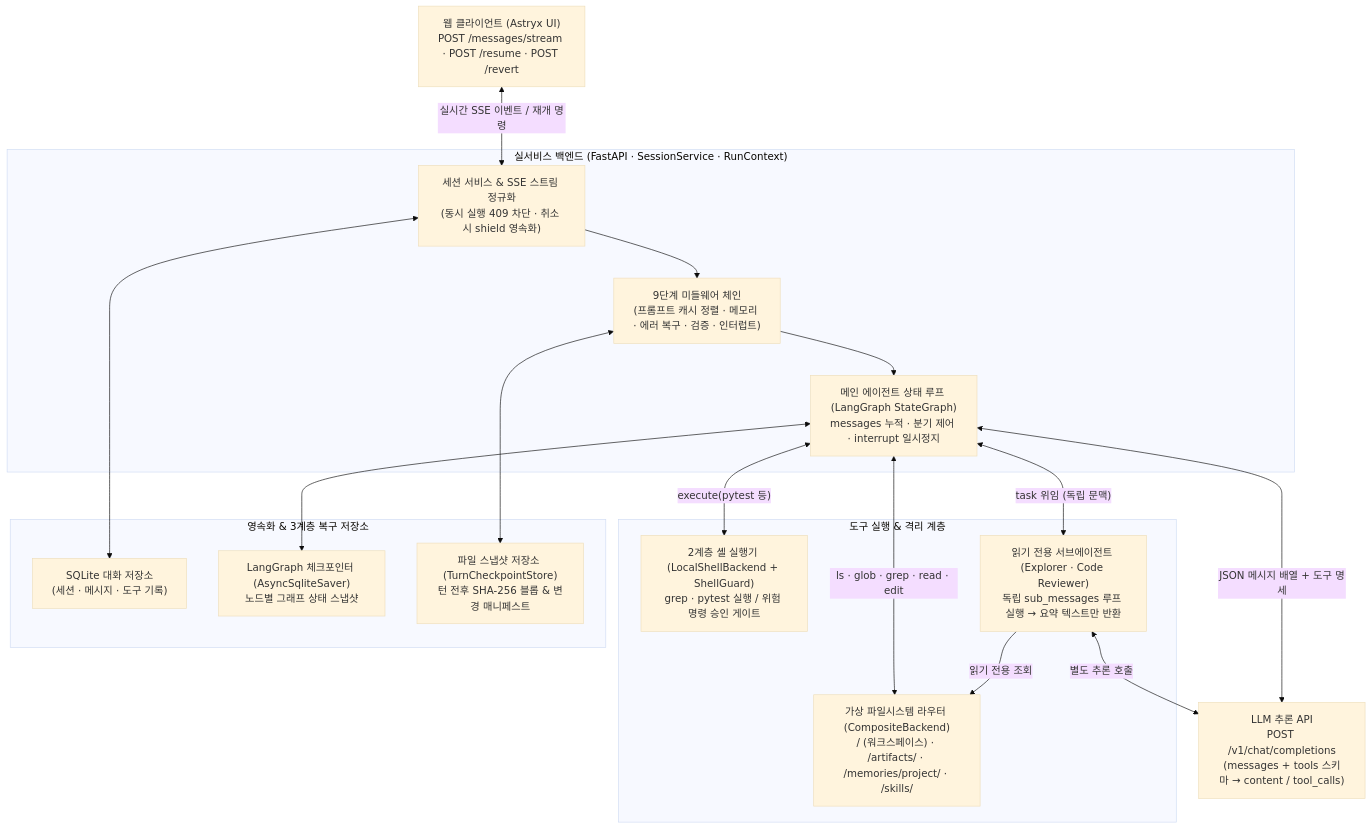
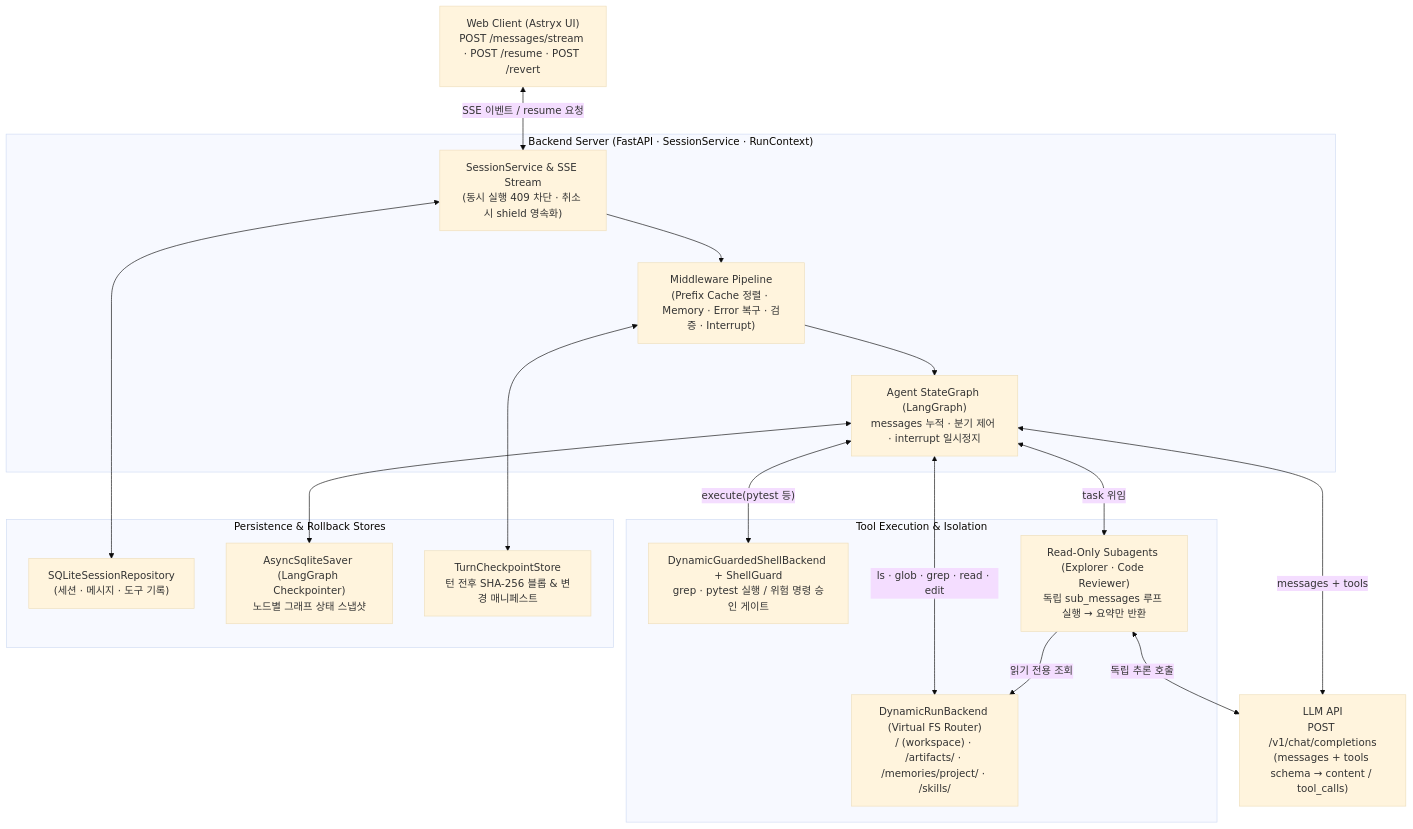
Before and after one commit to Abyssey/anvil: the first of 12 diagrams in docs/coding-agent-study.md, drawn with Mermaid (base theme). The commit also changed other lines of this file and 3 other files, not shown here.

````diff
--- a/docs/coding-agent-study.md
+++ b/docs/coding-agent-study.md
@@ -17,36 +13,36 @@
 ```mermaid
 flowchart TB
-  CLIENT["웹 클라이언트 (Astryx UI)\nPOST /messages/stream · POST /resume · POST /revert"]
+  CLIENT["Web Client (Astryx UI)\nPOST /messages/stream · POST /resume · POST /revert"]
 
-  subgraph BACKEND["실서비스 백엔드 (FastAPI · SessionService · RunContext)"]
-    ROUTER["세션 서비스 & SSE 스트림 정규화\n(동시 실행 409 차단 · 취소 시 shield 영속화)"]
-    MW["9단계 미들웨어 체인\n(프롬프트 캐시 정렬 · 메모리 · 에러 복구 · 검증 · 인터럽트)"]
-    LOOP["메인 에이전트 상태 루프 (LangGraph StateGraph)\nmessages 누적 · 분기 제어 · interrupt 일시정지"]
+  subgraph BACKEND["Backend Server (FastAPI · SessionService · RunContext)"]
+    ROUTER["SessionService & SSE Stream\n(동시 실행 409 차단 · 취소 시 shield 영속화)"]
+    MW["Middleware Pipeline\n(Prefix Cache 정렬 · Memory · Error 복구 · 검증 · Interrupt)"]
+    LOOP["Agent StateGraph (LangGraph)\nmessages 누적 · 분기 제어 · interrupt 일시정지"]
   end
 
-  LLM["LLM 추론 API\nPOST /v1/chat/completions\n(messages + tools 스키마 → content / tool_calls)"]
+  LLM["LLM API\nPOST /v1/chat/completions\n(messages + tools schema → content / tool_calls)"]
 
-  subgraph EXECUTION["도구 실행 & 격리 계층"]
-    VFS["가상 파일시스템 라우터 (CompositeBackend)\n/ (워크스페이스) · /artifacts/ · /memories/project/ · /skills/"]
-    SHELL["2계층 셸 실행기 (LocalShellBackend + ShellGuard)\ngrep · pytest 실행 / 위험 명령 승인 게이트"]
-    SUB["읽기 전용 서브에이전트 (Explorer · Code Reviewer)\n독립 sub_messages 루프 실행 → 요약 텍스트만 반환"]
+  subgraph EXECUTION["Tool Execution & Isolation"]
+    VFS["DynamicRunBackend (Virtual FS Router)\n/ (workspace) · /artifacts/ · /memories/project/ · /skills/"]
+    SHELL["DynamicGuardedShellBackend + ShellGuard\ngrep · pytest 실행 / 위험 명령 승인 게이트"]
+    SUB["Read-Only Subagents (Explorer · Code Reviewer)\n독립 sub_messages 루프 실행 → 요약만 반환"]
   end
 
-  subgraph STORAGE["영속화 & 3계층 복구 저장소"]
-    DB["SQLite 대화 저장소\n(세션 · 메시지 · 도구 기록)"]
-    CKPT["LangGraph 체크포인터 (AsyncSqliteSaver)\n노드별 그래프 상태 스냅샷"]
-    SNAP["파일 스냅샷 저장소 (TurnCheckpointStore)\n턴 전후 SHA-256 블롭 & 변경 매니페스트"]
+  subgraph STORAGE["Persistence & Rollback Stores"]
+    DB["SQLiteSessionRepository\n(세션 · 메시지 · 도구 기록)"]
+    CKPT["AsyncSqliteSaver (LangGraph Checkpointer)\n노드별 그래프 상태 스냅샷"]
+    SNAP["TurnCheckpointStore\n턴 전후 SHA-256 블롭 & 변경 매니페스트"]
   end
 
-  CLIENT <-->|"실시간 SSE 이벤트 / 재개 명령"| ROUTER
+  CLIENT <-->|"SSE 이벤트 / resume 요청"| ROUTER
   ROUTER --> MW --> LOOP
-  LOOP <-->|"JSON 메시지 배열 + 도구 명세"| LLM
+  LOOP <-->|"messages + tools"| LLM
   LOOP <-->|"ls · glob · grep · read · edit"| VFS
   LOOP <-->|"execute(pytest 등)"| SHELL
-  LOOP <-->|"task 위임 (독립 문맥)"| SUB
+  LOOP <-->|"task 위임"| SUB
   SUB -->|"읽기 전용 조회"| VFS
-  SUB <-->|"별도 추론 호출"| LLM
+  SUB <-->|"독립 추론 호출"| LLM
   ROUTER <--> DB
   LOOP <--> CKPT
   MW <--> SNAP
 ```
````
